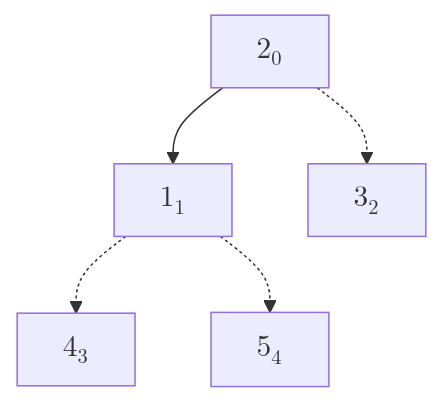
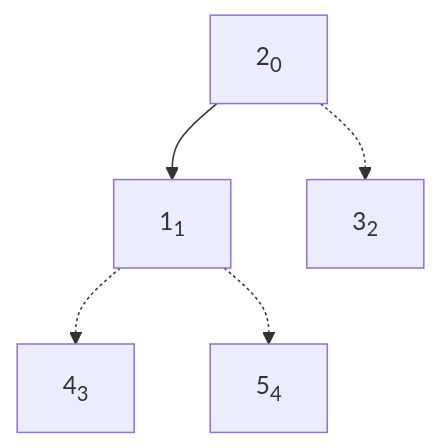
One commit to cafewang/cafewang.github.io changed diagram 14 of 15 in _posts/2024-12-17-sort-four.md. Above: the diagram before and after it, drawn with Mermaid. The commit also changed other lines of this file, not shown here.

Commit message:
fix mermaid done

````diff
--- a/_posts/2024-12-17-sort-four.md
+++ b/_posts/2024-12-17-sort-four.md
@@ -261,14 +262,14 @@
 ```mermaid
 
 graph TD 
-A["$$2_0$$"]
-B["$$1_1$$"]
-C["$$3_2$$"]
-D["$$4_3$$"]
-E["$$5_4$$"]
+A["2<sub>0</sub>"]
+B["1<sub>1</sub>"]
+C["3<sub>2</sub>"]
+D["4<sub>3</sub>"]
+E["5<sub>4</sub>"]
 
 A --> B
 A -.-> C
 B -.-> D
 B -.-> E
 ```
````
